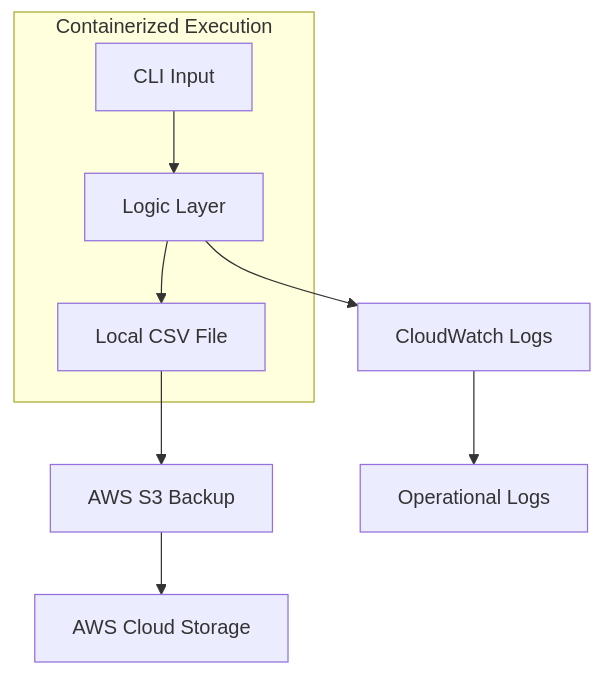
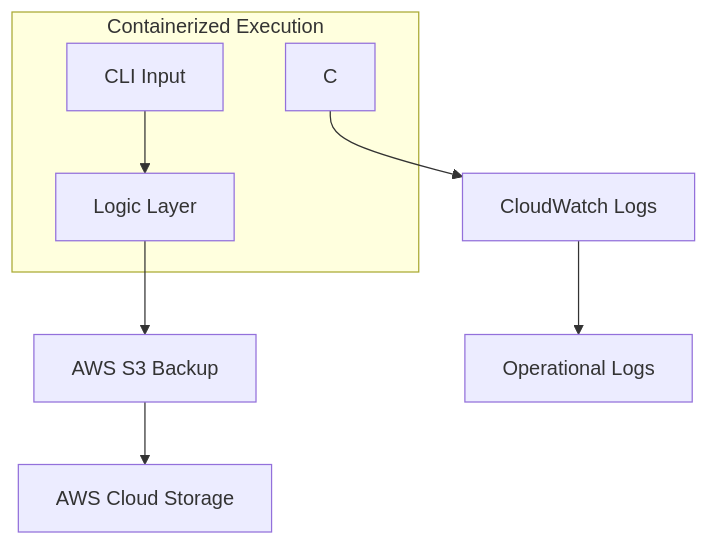
The diagram in README.md (Akhil-jagadale/CLI-Expense-Tracker), drawn with Mermaid before and after one commit.

`````diff
--- a/README.md
+++ b/README.md
@@ -38,14 +38,13 @@
 ```mermaid
 graph TD;
     A[CLI Input] --> B[Logic Layer];
-    B --> C[Local CSV File];
-    C --> D[AWS S3 Backup];
-    B --> E[CloudWatch Logs];
+    B --> D[AWS S3 Backup];
+    C --> E[CloudWatch Logs];
     subgraph Containerized Execution
     A
     B
     C
     end
     D --> F[AWS Cloud Storage];
     E --> G[Operational Logs];
 ````
`````
